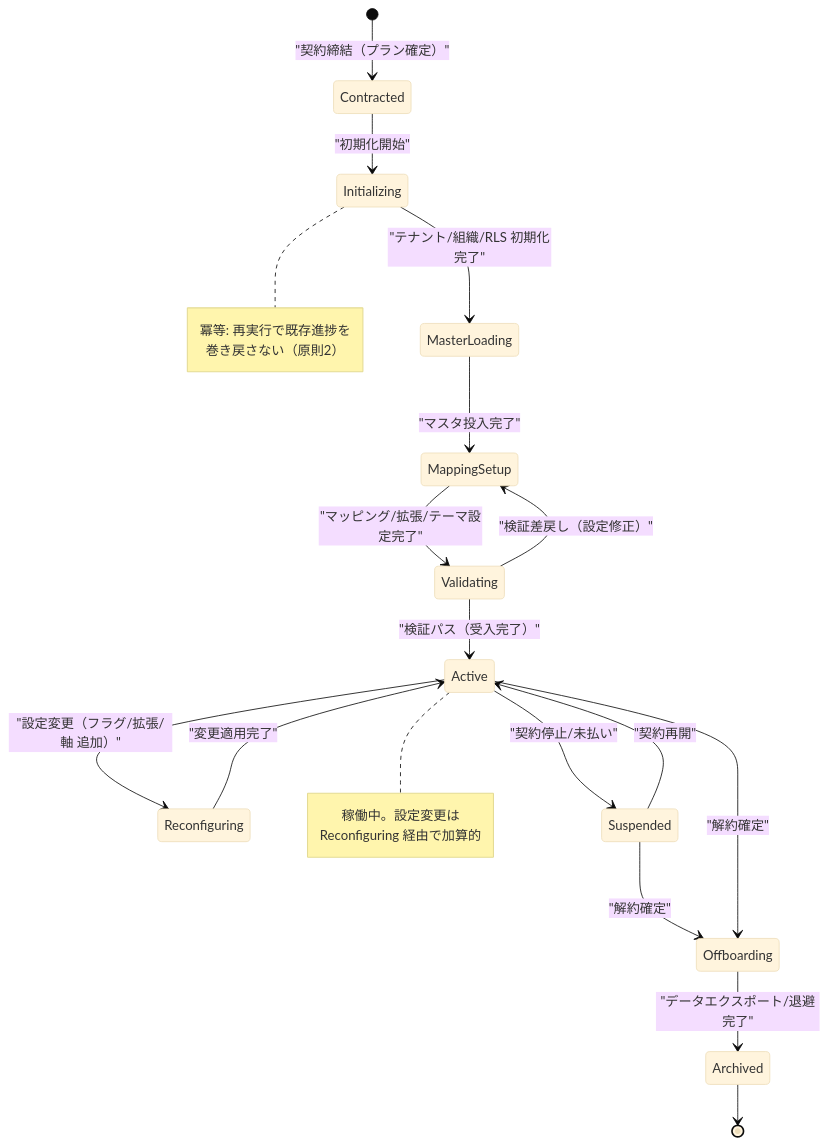
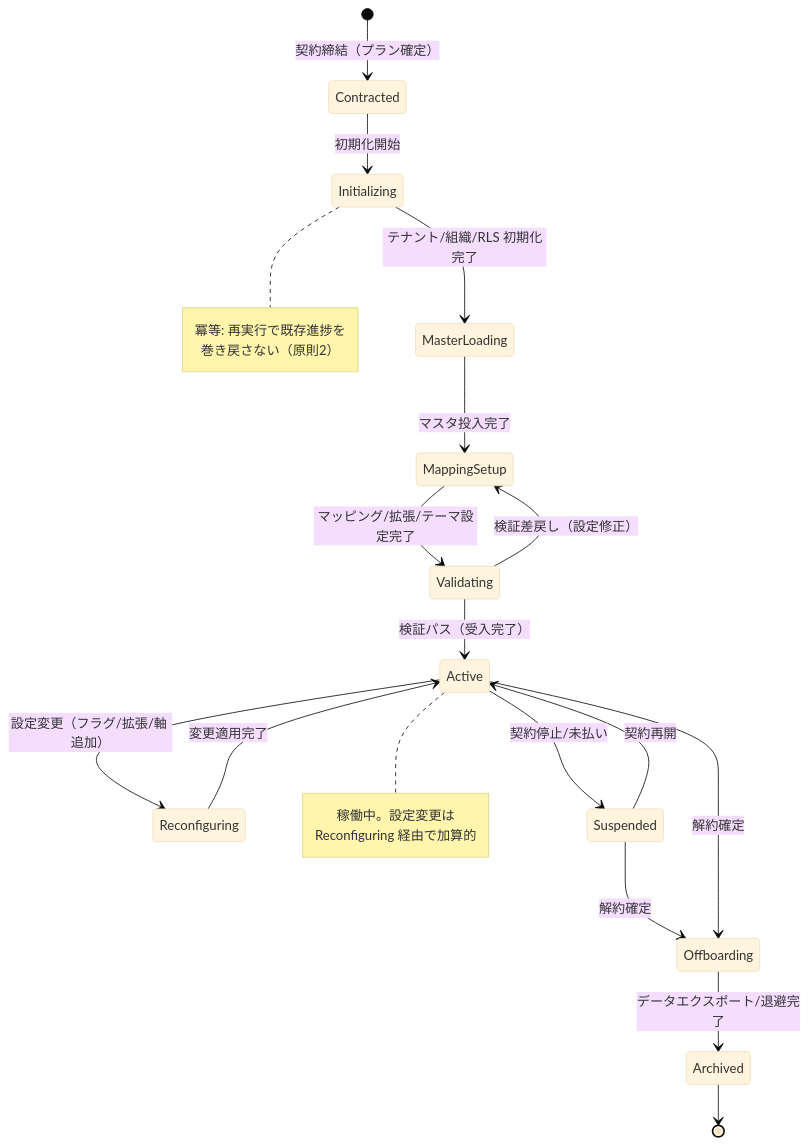
The fourth of 7 diagrams in docs/platform-design/detailed-design/27-si-customization-and-provisioning.md (TSUNAGUBA/akebono-honshu), drawn with Mermaid (base theme) before and after one commit. The commit also changed other lines of this file and 30 other files, not shown here.

````diff
--- a/docs/platform-design/detailed-design/27-si-customization-and-provisioning.md
+++ b/docs/platform-design/detailed-design/27-si-customization-and-provisioning.md
@@ -274,29 +276,29 @@
 ```mermaid
 stateDiagram-v2
-    [*] --> Contracted: "契約締結（プラン確定）"
-    Contracted --> Initializing: "初期化開始"
-    Initializing --> MasterLoading: "テナント/組織/RLS 初期化完了"
-    MasterLoading --> MappingSetup: "マスタ投入完了"
-    MappingSetup --> Validating: "マッピング/拡張/テーマ設定完了"
-    Validating --> Active: "検証パス（受入完了）"
-    Validating --> MappingSetup: "検証差戻し（設定修正）"
+    [*] --> Contracted: 契約締結（プラン確定）
+    Contracted --> Initializing: 初期化開始
+    Initializing --> MasterLoading: テナント/組織/RLS 初期化完了
+    MasterLoading --> MappingSetup: マスタ投入完了
+    MappingSetup --> Validating: マッピング/拡張/テーマ設定完了
+    Validating --> Active: 検証パス（受入完了）
+    Validating --> MappingSetup: 検証差戻し（設定修正）
 
-    Active --> Reconfiguring: "設定変更（フラグ/拡張/軸 追加）"
-    Reconfiguring --> Active: "変更適用完了"
+    Active --> Reconfiguring: 設定変更（フラグ/拡張/軸 追加）
+    Reconfiguring --> Active: 変更適用完了
 
-    Active --> Suspended: "契約停止/未払い"
-    Suspended --> Active: "契約再開"
-    Suspended --> Offboarding: "解約確定"
-    Active --> Offboarding: "解約確定"
-    Offboarding --> Archived: "データエクスポート/退避完了"
+    Active --> Suspended: 契約停止/未払い
+    Suspended --> Active: 契約再開
+    Suspended --> Offboarding: 解約確定
+    Active --> Offboarding: 解約確定
+    Offboarding --> Archived: データエクスポート/退避完了
     Archived --> [*]
 
     note right of Initializing
         冪等: 再実行で既存進捗を
         巻き戻さない（原則2）
     end note
     note right of Active
         稼働中。設定変更は
         Reconfiguring 経由で加算的
     end note
 ```
````
